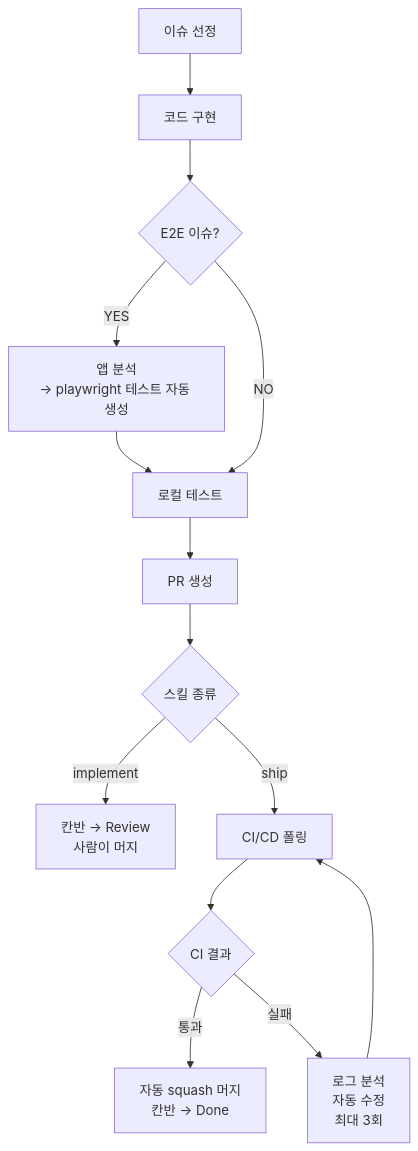
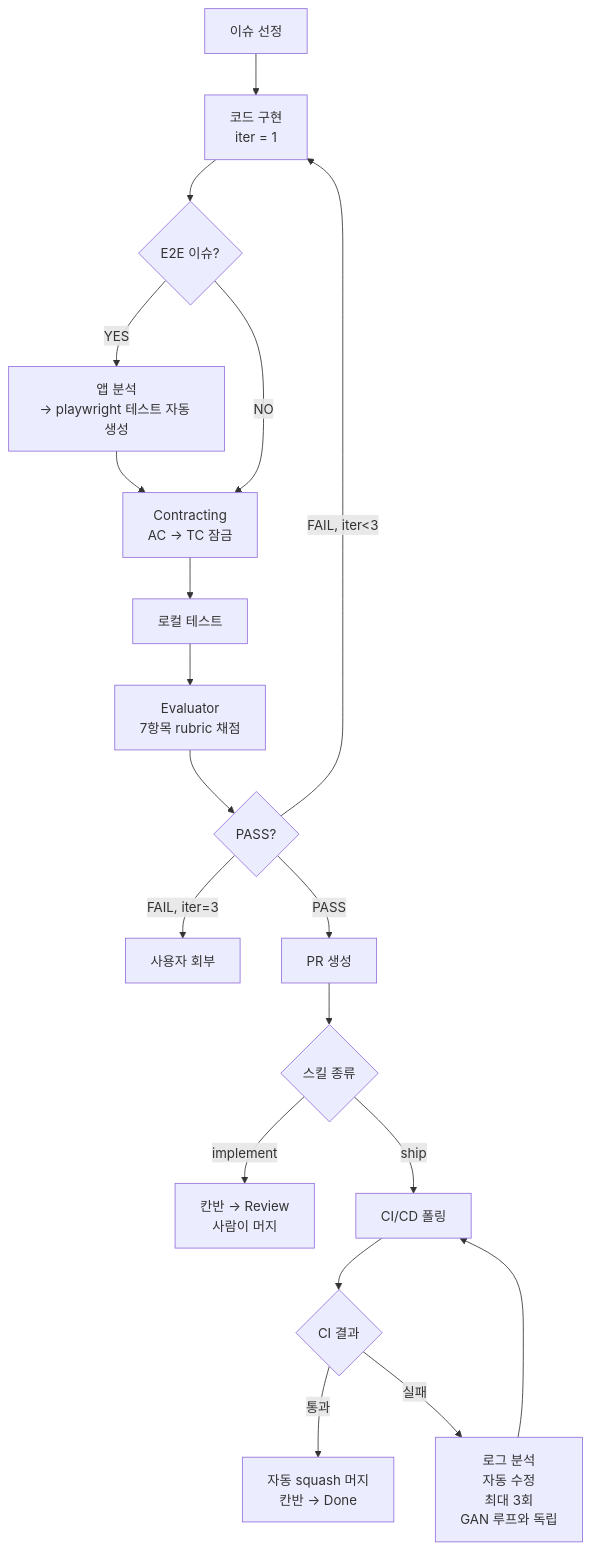
One commit to ischung/go-sdlc-gan changed the third of 4 diagrams in README.md. Above: the diagram before and after it, drawn with Mermaid. The commit also changed other lines of this file, not shown here.

````diff
--- a/README.md
+++ b/README.md
@@ -535,17 +693,22 @@
 ```mermaid
 flowchart TD
-    A[이슈 선정] --> B[코드 구현]
+    A[이슈 선정] --> B[코드 구현<br/>iter = 1]
     B --> C{E2E 이슈?}
-    C -->|YES| D[앱 분석\n→ playwright 테스트 자동 생성]
-    D --> E[로컬 테스트]
+    C -->|YES| D[앱 분석<br/>→ playwright 테스트 자동 생성]
+    D --> E[Contracting<br/>AC → TC 잠금]
     C -->|NO| E
-    E --> F[PR 생성]
+    E --> F[로컬 테스트]
+    F --> V[Evaluator<br/>7항목 rubric 채점]
+    V --> W{PASS?}
+    W -->|FAIL, iter<3| B
+    W -->|FAIL, iter=3| X[사용자 회부]
+    W -->|PASS| PR[PR 생성]
 
-    F --> G{스킬 종류}
-    G -->|implement| H[칸반 → Review\n사람이 머지]
+    PR --> G{스킬 종류}
+    G -->|implement| H[칸반 → Review<br/>사람이 머지]
     G -->|ship| I[CI/CD 폴링]
     I --> J{CI 결과}
-    J -->|통과| K[자동 squash 머지\n칸반 → Done]
-    J -->|실패| L[로그 분석\n자동 수정\n최대 3회]
+    J -->|통과| K[자동 squash 머지<br/>칸반 → Done]
+    J -->|실패| L[로그 분석<br/>자동 수정<br/>최대 3회<br/>GAN 루프와 독립]
     L --> I
 ```
````
